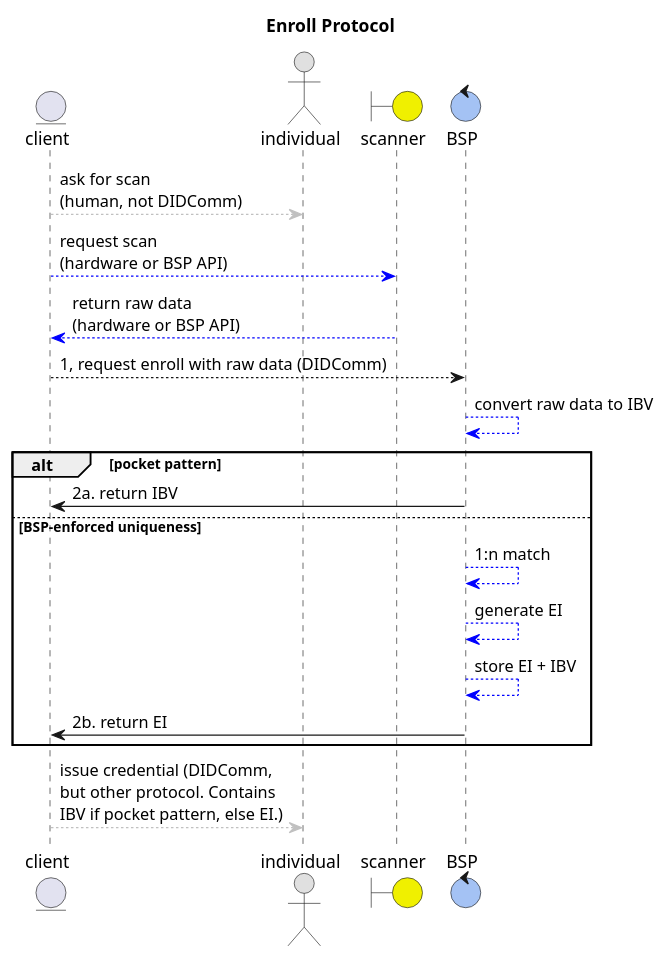
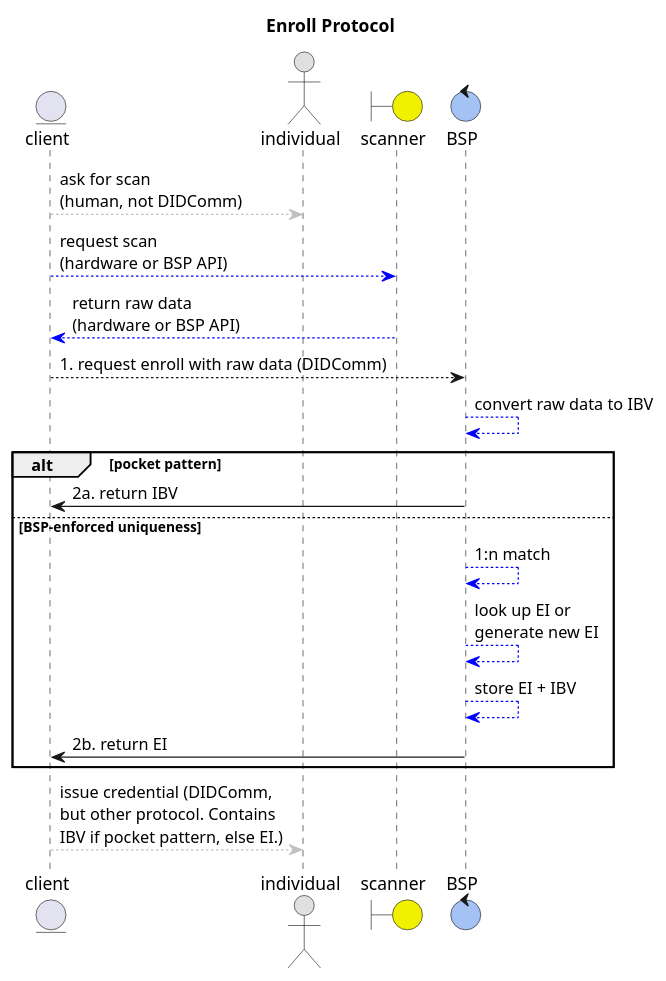
One commit to tiaramj/aries-rfcs changed the diagram in features/0528-biometric-enrollment-protocol/enroll.puml. Above: the diagram before and after it, drawn with PlantUML. The commit also changed 2 other files, not shown here.

```diff
--- a/features/0528-biometric-enrollment-protocol/enroll.puml
+++ b/features/0528-biometric-enrollment-protocol/enroll.puml
@@ -1,23 +1,22 @@
 @startuml
 title Enroll Protocol
 entity client
 actor individual #e0e0e0
 boundary scanner #f0f000
 control BSP #a4c2f4ff
 
 client -[#c0c0c0]-> individual: ask for scan\n(human, not DIDComm)
 client -[#blue]-> scanner: request scan\n(hardware or BSP API)
 scanner -[#blue]-> client: return raw data\n(hardware or BSP API)
-client --> BSP: 1, request enroll with raw data (DIDComm)
+client --> BSP: 1. request enroll with raw data (DIDComm)
 BSP -[#blue]-> BSP: convert raw data to IBV
 alt pocket pattern
 BSP -> client: 2a. return IBV
 else BSP-enforced uniqueness
 BSP -[#blue]-> BSP: 1:n match
-BSP -[#blue]-> BSP: generate EI
+BSP -[#blue]-> BSP: look up EI or\ngenerate new EI
 BSP -[#blue]-> BSP: store EI + IBV
 BSP -> client: 2b. return EI
 end
 client -[#c0c0c0]-> individual: issue credential (DIDComm,\nbut other protocol. Contains\nIBV if pocket pattern, else EI.)
-
 @enduml
```
